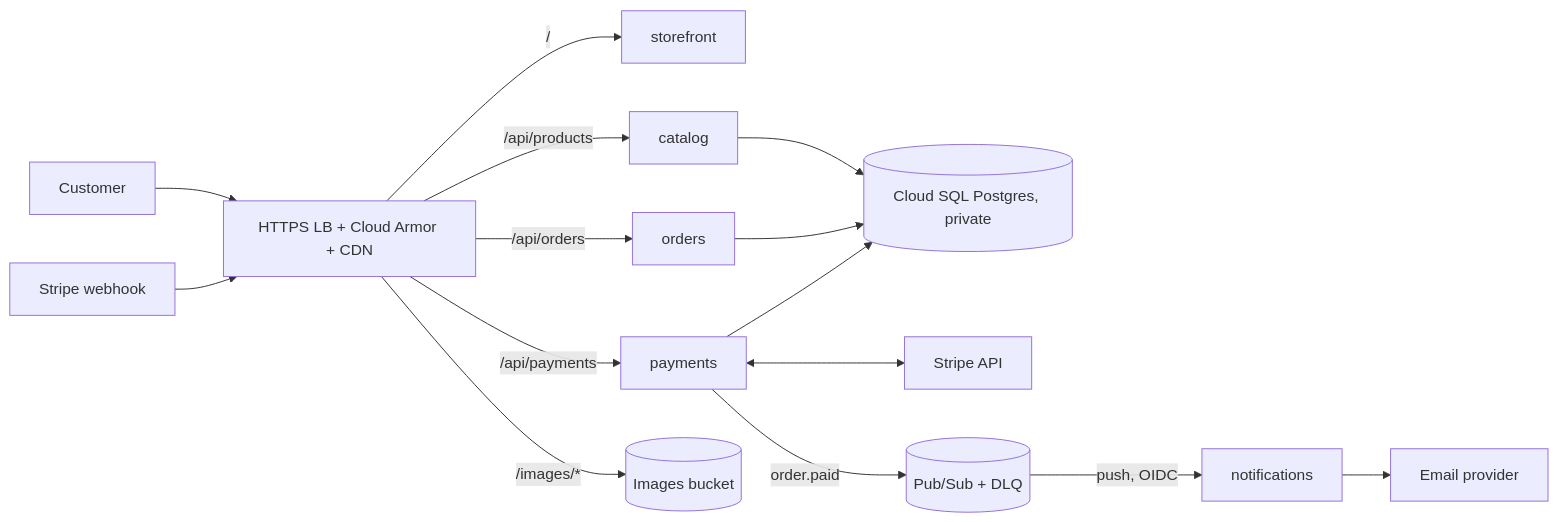
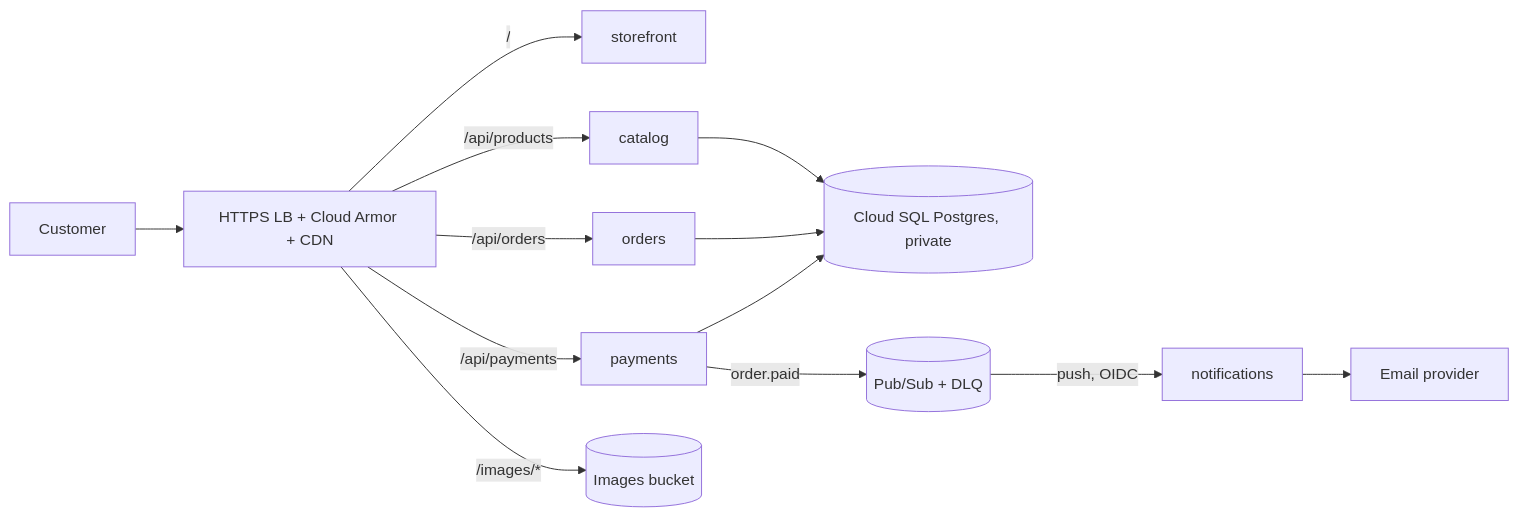
The diagram in README.md (manojrasia/cloudrun), drawn with Mermaid before and after one commit. The commit also changed other lines of this file and 27 other files, not shown here.

````diff
--- a/README.md
+++ b/README.md
@@ -17,15 +17,13 @@
 ```mermaid
 flowchart LR
   U[Customer] --> LB[HTTPS LB + Cloud Armor + CDN]
-  ST[Stripe webhook] --> LB
   LB -->|/| SF[storefront]
   LB -->|/api/products| CAT[catalog]
   LB -->|/api/orders| ORD[orders]
   LB -->|/api/payments| PAY[payments]
   LB -->|/images/*| GCS[(Images bucket)]
   CAT & ORD & PAY --> SQL[(Cloud SQL Postgres, private)]
-  PAY <--> STRIPE[Stripe API]
   PAY -->|order.paid| PS[(Pub/Sub + DLQ)]
   PS -->|push, OIDC| NOT[notifications]
   NOT --> MAIL[Email provider]
 ```
````
